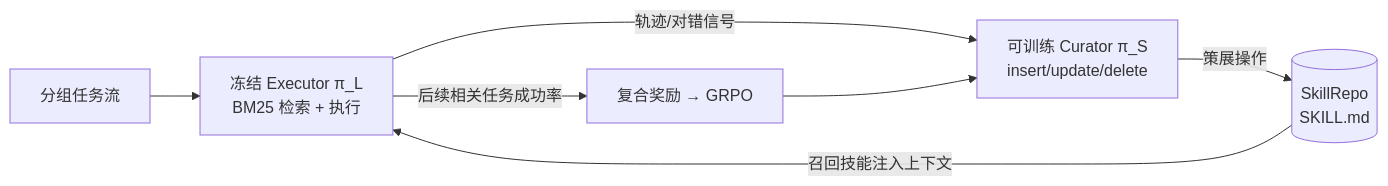
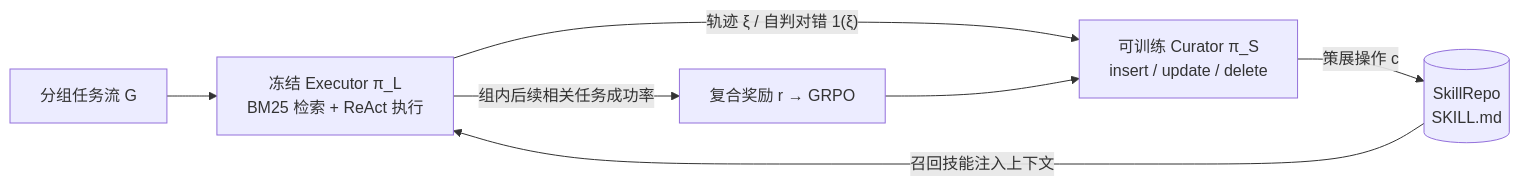
One commit to zhoujx4/llm-atlas changed the diagram in docs/skills/autoskill/skillos.md. Above: the diagram before and after it, drawn with Mermaid. The commit also changed other lines of this file and 156 other files, not shown here.

First line of the commit message:
docs: 论文页按规范批量重排+配图，新增 Harness 工程演进四页

````diff
--- a/docs/skills/autoskill/skillos.md
+++ b/docs/skills/autoskill/skillos.md
@@ -26,9 +53,9 @@
 ```mermaid
 flowchart LR
-    Stream[分组任务流] --> EX[冻结 Executor π_L<br/>BM25 检索 + 执行]
-    EX -- 轨迹/对错信号 --> CUR[可训练 Curator π_S<br/>insert/update/delete]
-    CUR -- 策展操作 --> REPO[(SkillRepo<br/>SKILL.md)]
+    Stream[分组任务流 G] --> EX["冻结 Executor π_L<br/>BM25 检索 + ReAct 执行"]
+    EX -- "轨迹 ξ / 自判对错 1(ξ)" --> CUR["可训练 Curator π_S<br/>insert / update / delete"]
+    CUR -- 策展操作 c --> REPO[("SkillRepo<br/>SKILL.md")]
     REPO -- 召回技能注入上下文 --> EX
-    EX -- 后续相关任务成功率 --> R[复合奖励 → GRPO]
+    EX -- 组内后续相关任务成功率 --> R["复合奖励 r → GRPO"]
     R --> CUR
 ```
````
